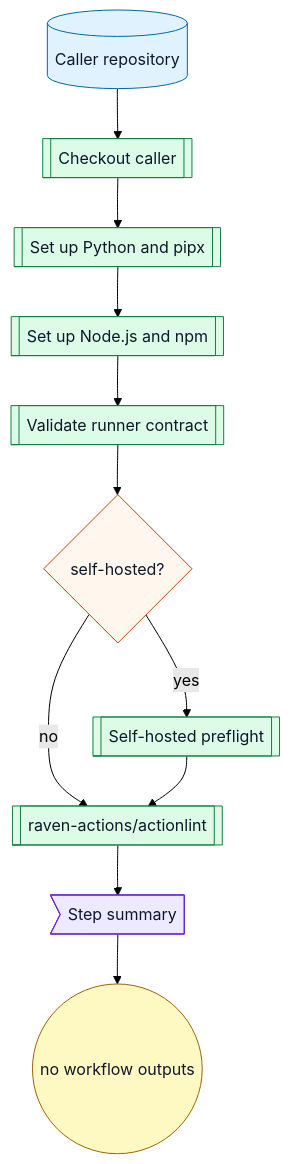
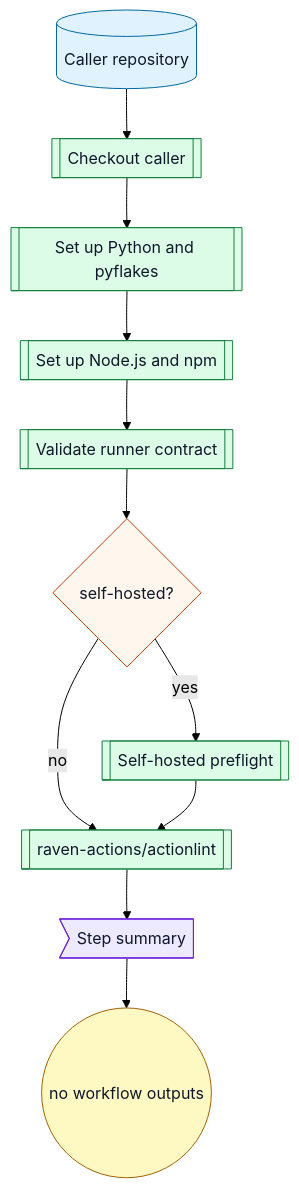
The seventh of 17 diagrams in docs/workflow-catalog.md (ArkanisCorporation/ci), drawn with Mermaid (forest theme) before and after one commit. The commit also changed other lines of this file and 3 other files, not shown here.

````diff
--- a/docs/workflow-catalog.md
+++ b/docs/workflow-catalog.md
@@ -1000,24 +1000,24 @@
 ```mermaid
 flowchart TD
   caller[("Caller repository")] --> checkout[[Checkout caller]]
-  checkout --> python[[Set up Python and pipx]]
+  checkout --> python[[Set up Python and pyflakes]]
   python --> node[[Set up Node.js and npm]]
   node --> validate[[Validate runner contract]]
   validate --> preflight{self-hosted?}
   preflight -->|yes| sh[[Self-hosted preflight]]
   preflight -->|no| lint[[raven-actions/actionlint]]
   sh --> lint
   lint --> summary>Step summary]
   summary --> outputs(("no workflow outputs"))
   classDef repo fill:#e0f2fe,stroke:#0369a1,color:#0f172a
   classDef action fill:#dcfce7,stroke:#15803d,color:#0f172a
   classDef decision fill:#fff7ed,stroke:#c2410c,color:#0f172a
   classDef artifact fill:#ede9fe,stroke:#6d28d9,color:#0f172a
   classDef output fill:#fef9c3,stroke:#a16207,color:#0f172a
   classDef external fill:#f8fafc,stroke:#475569,stroke-dasharray: 4 3,color:#0f172a
   class caller repo
   class checkout,python,node,validate,sh,lint action
   class preflight decision
   class summary artifact
   class outputs output
 ```
````
